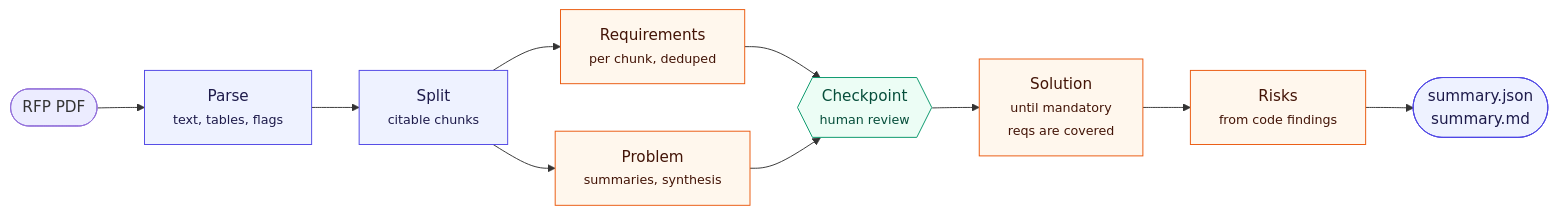
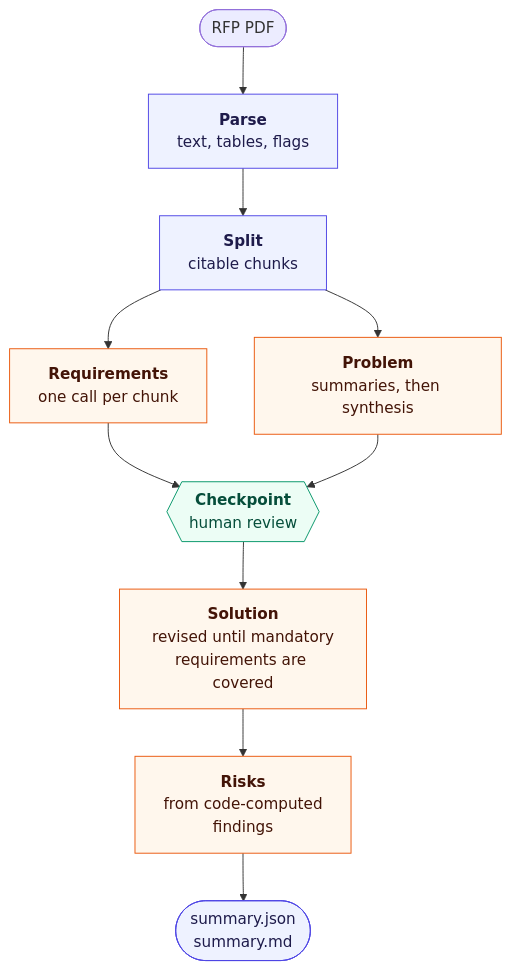
The first of 3 diagrams in README.md (lofeodo/rfp-solution-summary-generator), drawn with Mermaid before and after one commit. The commit also changed other lines of this file, not shown here.

Commit message:
README: legible mermaid diagrams (top-to-bottom, padded edge labels)

````diff
--- a/README.md
+++ b/README.md
@@ -12,18 +12,18 @@
 ```mermaid
-flowchart LR
-    PDF([RFP PDF]) --> A[Parse<br/><small>text, tables, flags</small>]
-    A --> B[Split<br/><small>citable chunks</small>]
-    B --> C[Requirements<br/><small>per chunk, deduped</small>]
-    B --> D[Problem<br/><small>summaries, synthesis</small>]
-    C --> H{{Checkpoint<br/><small>human review</small>}}
+flowchart TB
+    PDF([RFP PDF]) --> A["<b>Parse</b><br/>text, tables, flags"]
+    A --> B["<b>Split</b><br/>citable chunks"]
+    B --> C["<b>Requirements</b><br/>one call per chunk"]
+    B --> D["<b>Problem</b><br/>summaries, then synthesis"]
+    C --> H{{"<b>Checkpoint</b><br/>human review"}}
     D --> H
-    H --> E[Solution<br/><small>until mandatory<br/>reqs are covered</small>]
-    E --> F[Risks<br/><small>from code findings</small>]
-    F --> G([summary.json<br/>summary.md])
+    H --> E["<b>Solution</b><br/>revised until mandatory<br/>requirements are covered"]
+    E --> F["<b>Risks</b><br/>from code-computed<br/>findings"]
+    F --> G(["summary.json<br/>summary.md"])
     classDef code fill:#eef2ff,stroke:#4f46e5,color:#1e1b4b
     classDef llm fill:#fff7ed,stroke:#ea580c,color:#431407
     classDef human fill:#ecfdf5,stroke:#059669,color:#064e3b
     class A,B,G code
     class C,D,E,F llm
     class H human
 ```
````
